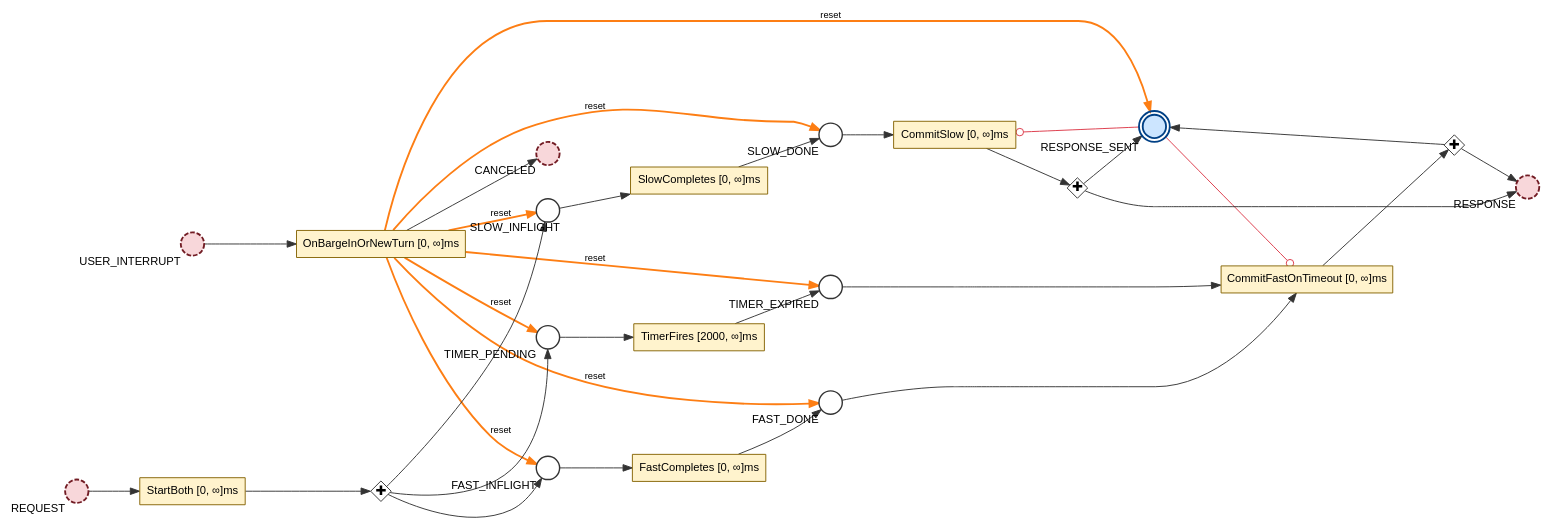
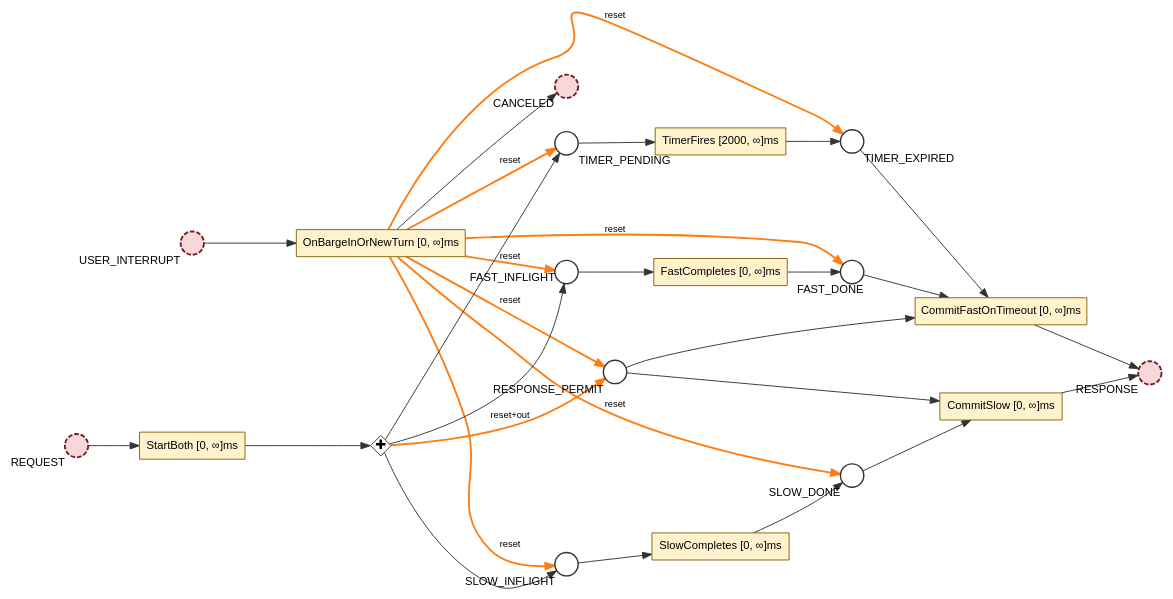
The diagram in docs/diagrams/dot/speculative-race.dot (debe/adk-libpetri), drawn with Graphviz before and after one commit. The commit also changed 22 other files, not shown here.

```diff
--- a/docs/diagrams/dot/speculative-race.dot
+++ b/docs/diagrams/dot/speculative-race.dot
@@ -1,66 +1,61 @@
 digraph SpeculativeRace {
     rankdir=LR;
     nodesep=0.5;
     ranksep=0.75;
     forcelabels="true";
     overlap="false";
     fontname="Helvetica,Arial,sans-serif";
     outputorder="edgesfirst";
     compound="true";
     node [fontname="Helvetica,Arial,sans-serif", fontsize=12];
     edge [fontname="Helvetica,Arial,sans-serif", fontsize=10];
 
     p_REQUEST [label="", shape="circle", style="filled,dashed", fillcolor="#f8d7da", color="#721c24", penwidth=2, width=0.35, xlabel="REQUEST", fixedsize="true"];
     p_SLOW_INFLIGHT [label="", shape="circle", style="filled", fillcolor="#FFFFFF", color="#333333", penwidth=1.5, width=0.35, xlabel="SLOW_INFLIGHT", fixedsize="true"];
     p_FAST_INFLIGHT [label="", shape="circle", style="filled", fillcolor="#FFFFFF", color="#333333", penwidth=1.5, width=0.35, xlabel="FAST_INFLIGHT", fixedsize="true"];
     p_TIMER_PENDING [label="", shape="circle", style="filled", fillcolor="#FFFFFF", color="#333333", penwidth=1.5, width=0.35, xlabel="TIMER_PENDING", fixedsize="true"];
+    p_RESPONSE_PERMIT [label="", shape="circle", style="filled", fillcolor="#FFFFFF", color="#333333", penwidth=1.5, width=0.35, xlabel="RESPONSE_PERMIT", fixedsize="true"];
     p_TIMER_EXPIRED [label="", shape="circle", style="filled", fillcolor="#FFFFFF", color="#333333", penwidth=1.5, width=0.35, xlabel="TIMER_EXPIRED", fixedsize="true"];
     p_SLOW_DONE [label="", shape="circle", style="filled", fillcolor="#FFFFFF", color="#333333", penwidth=1.5, width=0.35, xlabel="SLOW_DONE", fixedsize="true"];
     p_FAST_DONE [label="", shape="circle", style="filled", fillcolor="#FFFFFF", color="#333333", penwidth=1.5, width=0.35, xlabel="FAST_DONE", fixedsize="true"];
     p_RESPONSE [label="", shape="circle", style="filled,dashed", fillcolor="#f8d7da", color="#721c24", penwidth=2, width=0.35, xlabel="RESPONSE", fixedsize="true"];
-    p_RESPONSE_SENT [label="", shape="doublecircle", style="filled", fillcolor="#cce5ff", color="#004085", penwidth=2, width=0.35, xlabel="RESPONSE_SENT", fixedsize="true"];
     p_USER_INTERRUPT [label="", shape="circle", style="filled,dashed", fillcolor="#f8d7da", color="#721c24", penwidth=2, width=0.35, xlabel="USER_INTERRUPT", fixedsize="true"];
     p_CANCELED [label="", shape="circle", style="filled,dashed", fillcolor="#f8d7da", color="#721c24", penwidth=2, width=0.35, xlabel="CANCELED", fixedsize="true"];
     t_StartBoth [label="StartBoth [0, ∞]ms", shape="box", style="filled", fillcolor="#fff3cd", color="#856404", penwidth=1, height=0.4, width=0.8];
     t_TimerFires [label="TimerFires [2000, ∞]ms", shape="box", style="filled", fillcolor="#fff3cd", color="#856404", penwidth=1, height=0.4, width=0.8];
     t_SlowCompletes [label="SlowCompletes [0, ∞]ms", shape="box", style="filled", fillcolor="#fff3cd", color="#856404", penwidth=1, height=0.4, width=0.8];
     t_FastCompletes [label="FastCompletes [0, ∞]ms", shape="box", style="filled", fillcolor="#fff3cd", color="#856404", penwidth=1, height=0.4, width=0.8];
     t_CommitSlow [label="CommitSlow [0, ∞]ms", shape="box", style="filled", fillcolor="#fff3cd", color="#856404", penwidth=1, height=0.4, width=0.8];
     t_CommitFastOnTimeout [label="CommitFastOnTimeout [0, ∞]ms", shape="box", style="filled", fillcolor="#fff3cd", color="#856404", penwidth=1, height=0.4, width=0.8];
     t_OnBargeInOrNewTurn [label="OnBargeInOrNewTurn [0, ∞]ms", shape="box", style="filled", fillcolor="#fff3cd", color="#856404", penwidth=1, height=0.4, width=0.8];
     j_StartBoth__and_0 [label="✚", shape="diamond", style="filled", fillcolor="#FFFFFF", color="#333333", penwidth=1, height=0.3, width=0.3, fixedsize="true", fontsize=14];
-    j_CommitSlow__and_0 [label="✚", shape="diamond", style="filled", fillcolor="#FFFFFF", color="#333333", penwidth=1, height=0.3, width=0.3, fixedsize="true", fontsize=14];
-    j_CommitFastOnTimeout__and_0 [label="✚", shape="diamond", style="filled", fillcolor="#FFFFFF", color="#333333", penwidth=1, height=0.3, width=0.3, fixedsize="true", fontsize=14];
 
     p_REQUEST -> t_StartBoth [color="#333333", style="solid", arrowhead="normal"];
     t_StartBoth -> j_StartBoth__and_0 [color="#333333", style="solid", arrowhead="normal"];
     j_StartBoth__and_0 -> p_SLOW_INFLIGHT [color="#333333", style="solid", arrowhead="normal"];
     j_StartBoth__and_0 -> p_FAST_INFLIGHT [color="#333333", style="solid", arrowhead="normal"];
     j_StartBoth__and_0 -> p_TIMER_PENDING [color="#333333", style="solid", arrowhead="normal"];
+    j_StartBoth__and_0 -> p_RESPONSE_PERMIT [color="#fd7e14", style="bold", arrowhead="normal", label="reset+out", penwidth=2];
     p_TIMER_PENDING -> t_TimerFires [color="#333333", style="solid", arrowhead="normal"];
     t_TimerFires -> p_TIMER_EXPIRED [color="#333333", style="solid", arrowhead="normal"];
     p_SLOW_INFLIGHT -> t_SlowCompletes [color="#333333", style="solid", arrowhead="normal"];
     t_SlowCompletes -> p_SLOW_DONE [color="#333333", style="solid", arrowhead="normal"];
     p_FAST_INFLIGHT -> t_FastCompletes [color="#333333", style="solid", arrowhead="normal"];
     t_FastCompletes -> p_FAST_DONE [color="#333333", style="solid", arrowhead="normal"];
     p_SLOW_DONE -> t_CommitSlow [color="#333333", style="solid", arrowhead="normal"];
-    t_CommitSlow -> j_CommitSlow__and_0 [color="#333333", style="solid", arrowhead="normal"];
-    j_CommitSlow__and_0 -> p_RESPONSE [color="#333333", style="solid", arrowhead="normal"];
-    j_CommitSlow__and_0 -> p_RESPONSE_SENT [color="#333333", style="solid", arrowhead="normal"];
-    p_RESPONSE_SENT -> t_CommitSlow [color="#dc3545", style="solid", arrowhead="odot"];
+    p_RESPONSE_PERMIT -> t_CommitSlow [color="#333333", style="solid", arrowhead="normal"];
+    t_CommitSlow -> p_RESPONSE [color="#333333", style="solid", arrowhead="normal"];
     p_FAST_DONE -> t_CommitFastOnTimeout [color="#333333", style="solid", arrowhead="normal"];
     p_TIMER_EXPIRED -> t_CommitFastOnTimeout [color="#333333", style="solid", arrowhead="normal"];
-    t_CommitFastOnTimeout -> j_CommitFastOnTimeout__and_0 [color="#333333", style="solid", arrowhead="normal"];
-    j_CommitFastOnTimeout__and_0 -> p_RESPONSE [color="#333333", style="solid", arrowhead="normal"];
-    j_CommitFastOnTimeout__and_0 -> p_RESPONSE_SENT [color="#333333", style="solid", arrowhead="normal"];
-    p_RESPONSE_SENT -> t_CommitFastOnTimeout [color="#dc3545", style="solid", arrowhead="odot"];
+    p_RESPONSE_PERMIT -> t_CommitFastOnTimeout [color="#333333", style="solid", arrowhead="normal"];
+    t_CommitFastOnTimeout -> p_RESPONSE [color="#333333", style="solid", arrowhead="normal"];
     p_USER_INTERRUPT -> t_OnBargeInOrNewTurn [color="#333333", style="solid", arrowhead="normal"];
     t_OnBargeInOrNewTurn -> p_CANCELED [color="#333333", style="solid", arrowhead="normal"];
     t_OnBargeInOrNewTurn -> p_SLOW_INFLIGHT [color="#fd7e14", style="bold", arrowhead="normal", label="reset", penwidth=2];
     t_OnBargeInOrNewTurn -> p_FAST_INFLIGHT [color="#fd7e14", style="bold", arrowhead="normal", label="reset", penwidth=2];
     t_OnBargeInOrNewTurn -> p_SLOW_DONE [color="#fd7e14", style="bold", arrowhead="normal", label="reset", penwidth=2];
     t_OnBargeInOrNewTurn -> p_FAST_DONE [color="#fd7e14", style="bold", arrowhead="normal", label="reset", penwidth=2];
     t_OnBargeInOrNewTurn -> p_TIMER_PENDING [color="#fd7e14", style="bold", arrowhead="normal", label="reset", penwidth=2];
     t_OnBargeInOrNewTurn -> p_TIMER_EXPIRED [color="#fd7e14", style="bold", arrowhead="normal", label="reset", penwidth=2];
-    t_OnBargeInOrNewTurn -> p_RESPONSE_SENT [color="#fd7e14", style="bold", arrowhead="normal", label="reset", penwidth=2];
+    t_OnBargeInOrNewTurn -> p_RESPONSE_PERMIT [color="#fd7e14", style="bold", arrowhead="normal", label="reset", penwidth=2];
 }
```
